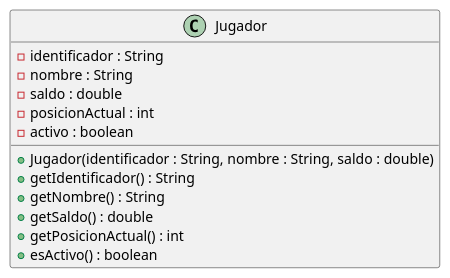
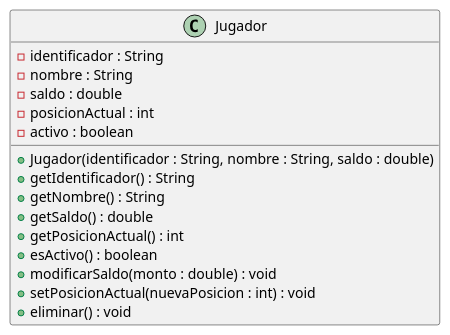
Before and after one commit to rodriguez0303/Proyecto1_Algoritmos: the diagram in docs/uml/monopoly.puml, drawn with PlantUML. The commit also changed 2 other files, not shown here.

```diff
--- a/docs/uml/monopoly.puml
+++ b/docs/uml/monopoly.puml
@@ -1,18 +1,21 @@
 @startuml monopoly
 
 class Jugador {
     - identificador : String
     - nombre : String
     - saldo : double
     - posicionActual : int
     - activo : boolean
 
     + Jugador(identificador : String, nombre : String, saldo : double)
     + getIdentificador() : String
     + getNombre() : String
     + getSaldo() : double
     + getPosicionActual() : int
     + esActivo() : boolean
+    + modificarSaldo(monto : double) : void
+    + setPosicionActual(nuevaPosicion : int) : void
+    + eliminar() : void
 }
 
 @enduml
```
